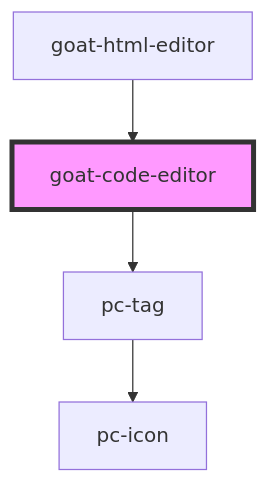
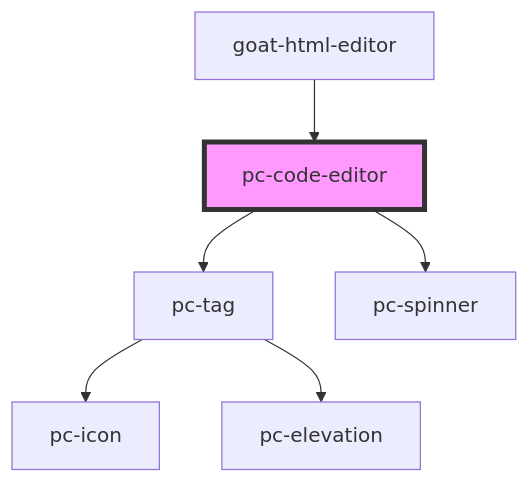
Before and after one commit to redvars/peacock: the diagram in src/components/input-controls/code-editor/readme.md, drawn with Mermaid. The commit also changed other lines of this file and 299 other files, not shown here.

````diff
--- a/src/components/input-controls/code-editor/readme.md
+++ b/src/components/input-controls/code-editor/readme.md
@@ -77,7 +78,9 @@
 ```mermaid
 graph TD;
-  goat-code-editor --> pc-tag
+  pc-code-editor --> pc-tag
+  pc-code-editor --> pc-spinner
   pc-tag --> pc-icon
-  goat-html-editor --> goat-code-editor
-  style goat-code-editor fill:#f9f,stroke:#333,stroke-width:4px
+  pc-tag --> pc-elevation
+  goat-html-editor --> pc-code-editor
+  style pc-code-editor fill:#f9f,stroke:#333,stroke-width:4px
 ```
````
